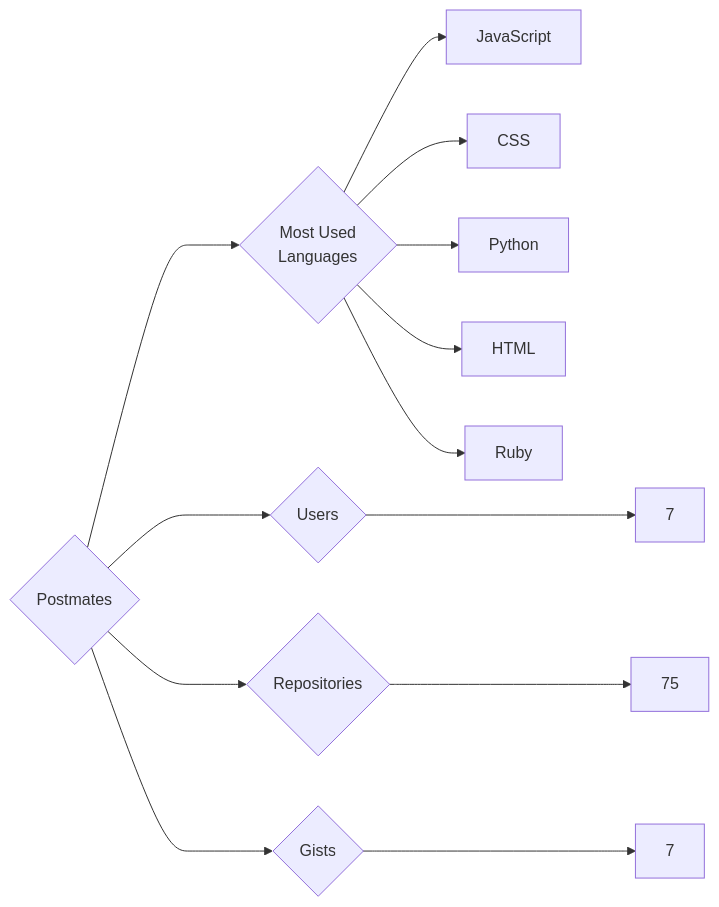
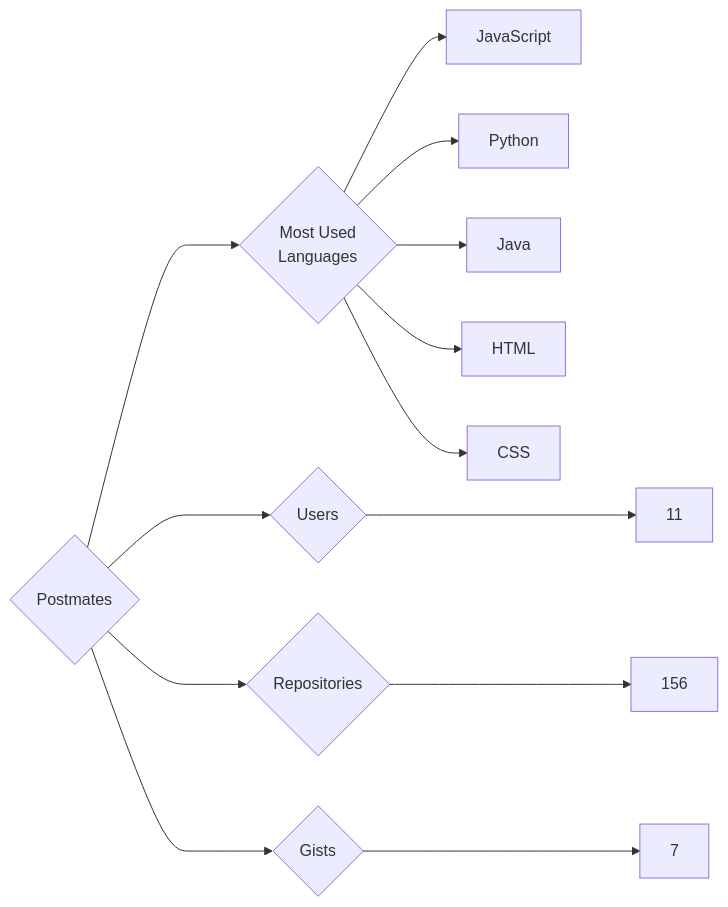
Before and after one commit to trickest/insiders: the diagram in targets/Postmates/README.md, drawn with Mermaid. The commit also changed 681 other files, not shown here.

````diff
--- a/targets/Postmates/README.md
+++ b/targets/Postmates/README.md
@@ -3,13 +3,13 @@
 ```mermaid
 graph LR
 COMPANY_NAME{Postmates}
-COMPANY_NAME ---> U{Users} ---> UN[7]
-COMPANY_NAME ---> R{Repositories} ---> RN[75]
+COMPANY_NAME ---> U{Users} ---> UN[11]
+COMPANY_NAME ---> R{Repositories} ---> RN[156]
 COMPANY_NAME ---> G{Gists} ---> GN[7]
 COMPANY_NAME ---> ML{Most Used<br>Languages}
 ML --> JavaScript[JavaScript]
+ML --> Python[Python]
+ML --> Java[Java]
+ML --> HTML[HTML]
 ML --> CSS[CSS]
-ML --> Python[Python]
-ML --> HTML[HTML]
-ML --> Ruby[Ruby]
 ```
````
